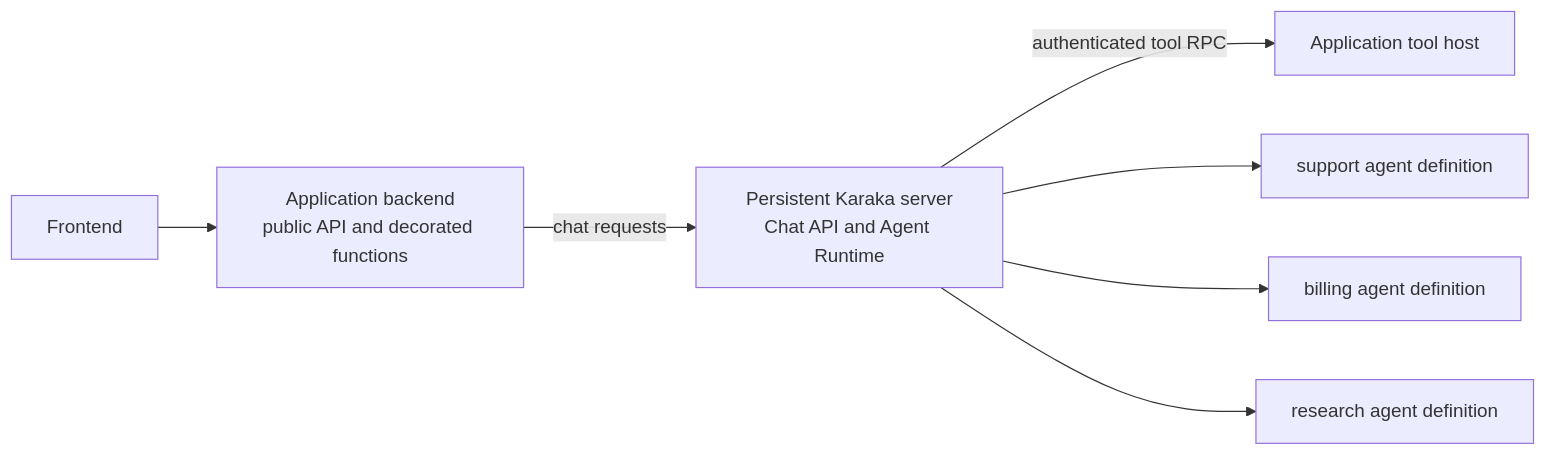
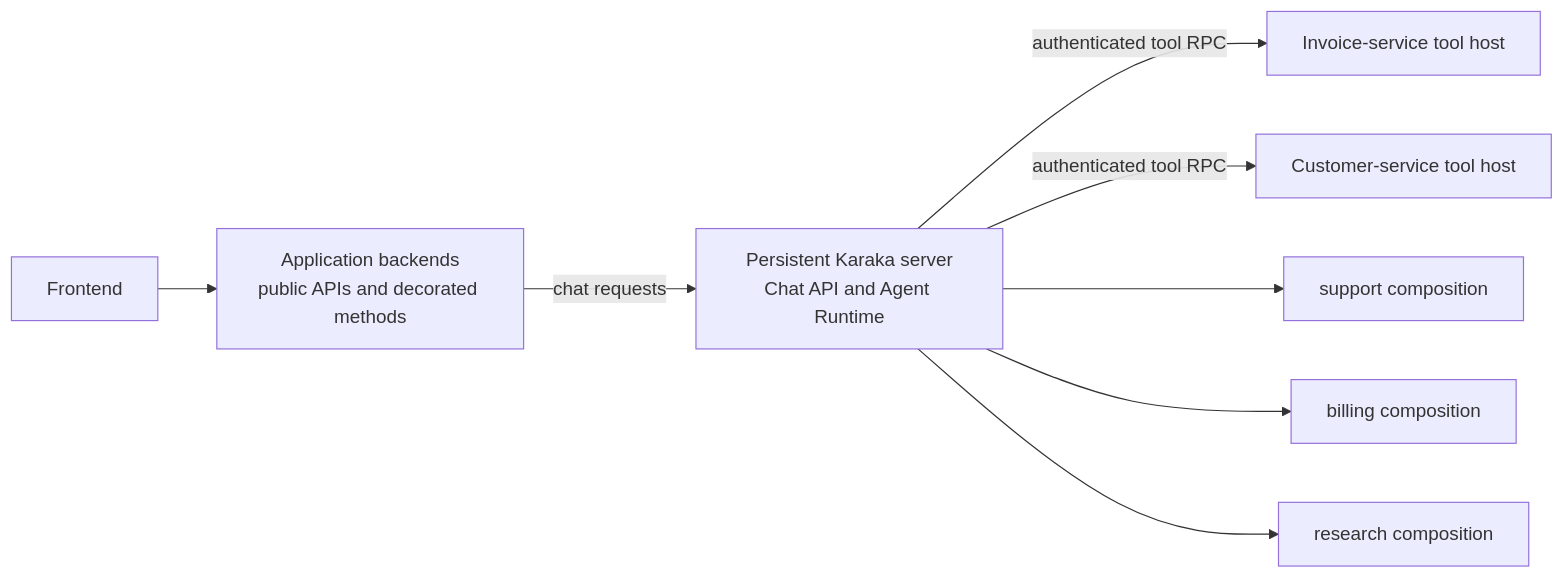
Before and after one commit to karaka-ai/karaka: the sixth of 6 diagrams in docs/architecture.md, drawn with Mermaid. The commit also changed other lines of this file and 2 other files, not shown here.

Commit message:
docs: define agent plugin compositions

````diff
--- a/docs/architecture.md
+++ b/docs/architecture.md
@@ -365,9 +385,10 @@
 ```mermaid
 flowchart LR
-  Frontend["Frontend"] --> Application["Application backend<br/>public API and decorated functions"]
+  Frontend["Frontend"] --> Application["Application backends<br/>public APIs and decorated methods"]
   Application -->|"chat requests"| Karaka["Persistent Karaka server<br/>Chat API and Agent Runtime"]
-  Karaka -->|"authenticated tool RPC"| ToolHost["Application tool host"]
-  Karaka --> Support["support agent definition"]
-  Karaka --> Billing["billing agent definition"]
-  Karaka --> Research["research agent definition"]
+  Karaka -->|"authenticated tool RPC"| Invoice["Invoice-service tool host"]
+  Karaka -->|"authenticated tool RPC"| Customer["Customer-service tool host"]
+  Karaka --> Support["support composition"]
+  Karaka --> Billing["billing composition"]
+  Karaka --> Research["research composition"]
 ```
````
